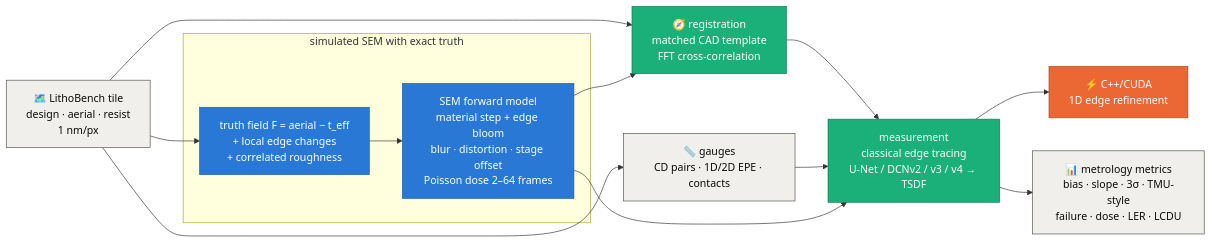
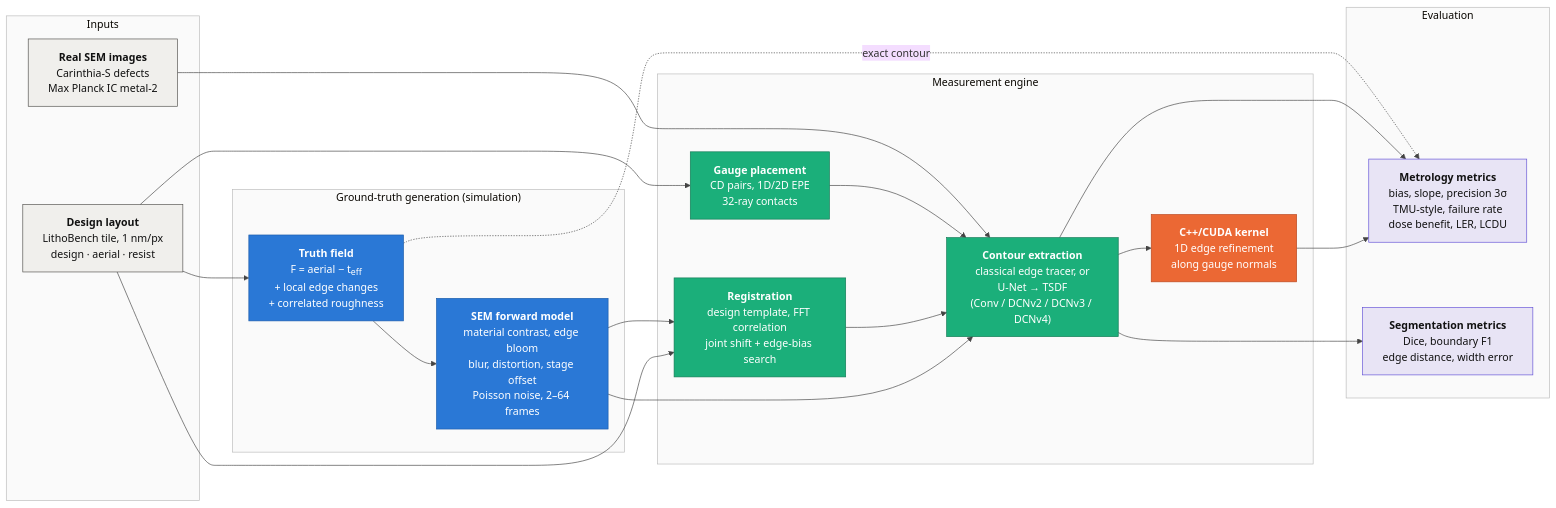
Before and after one commit to Mourya-wizard/SEM-CD-EPE-Metrology: the diagram in README.md, drawn with Mermaid. The commit also changed other lines of this file and 122 other files, not shown here.

First line of the commit message:
E17 second real SEM dataset, rebuilt Grad-CAM analysis, research-style README

````diff
--- a/README.md
+++ b/README.md
@@ -67,24 +150,47 @@
 ```mermaid
+%%{init: {"theme": "base", "themeVariables": {"fontFamily": "Times New Roman, Times, serif", "fontSize": "16px", "lineColor": "#444444", "clusterBkg": "#fafafa", "clusterBorder": "#bbbbbb"}}}%%
 flowchart LR
-    A["🗺️ LithoBench tile<br/>design · aerial · resist<br/>1 nm/px"] --> T
-    subgraph SIM ["simulated SEM with exact truth"]
-        T["truth field F = aerial − t_eff<br/>+ local edge changes<br/>+ correlated roughness"] --> S["SEM forward model<br/>material step + edge bloom<br/>blur · distortion · stage offset<br/>Poisson dose 2–64 frames"]
+    subgraph IN ["Inputs"]
+        A["<b>Design layout</b><br/>LithoBench tile, 1 nm/px<br/>design · aerial · resist"]
+        RS["<b>Real SEM images</b><br/>Carinthia-S defects<br/>Max Planck IC metal-2"]
     end
+    subgraph SIM ["Ground-truth generation (simulation)"]
+        T["<b>Truth field</b><br/>F = aerial − t<sub>eff</sub><br/>+ local edge changes<br/>+ correlated roughness"]
+        S["<b>SEM forward model</b><br/>material contrast, edge bloom<br/>blur, distortion, stage offset<br/>Poisson noise, 2–64 frames"]
+    end
+    subgraph ENG ["Measurement engine"]
+        G["<b>Gauge placement</b><br/>CD pairs, 1D/2D EPE<br/>32-ray contacts"]
+        R["<b>Registration</b><br/>design template, FFT correlation<br/>joint shift + edge-bias search"]
+        M["<b>Contour extraction</b><br/>classical edge tracer, or<br/>U-Net → TSDF<br/>(Conv / DCNv2 / DCNv3 / DCNv4)"]
+        K["<b>C++/CUDA kernel</b><br/>1D edge refinement<br/>along gauge normals"]
+    end
+    subgraph EV ["Evaluation"]
+        E["<b>Metrology metrics</b><br/>bias, slope, precision 3σ<br/>TMU-style, failure rate<br/>dose benefit, LER, LCDU"]
+        Q["<b>Segmentation metrics</b><br/>Dice, boundary F1<br/>edge distance, width error"]
+    end
+
+    A --> T --> S
+    A --> G
     A --> R
-    S --> R["🧭 registration<br/>matched CAD template<br/>FFT cross-correlation"]
-    A --> G["📏 gauges<br/>CD pairs · 1D/2D EPE · contacts"]
+    S --> R
+    S --> M
     R --> M
     G --> M
-    S --> M["measurement<br/>classical edge tracing<br/>U-Net / DCNv2 / v3 / v4 → TSDF"]
-    M --> K["⚡ C++/CUDA<br/>1D edge refinement"]
-    M --> E["📊 metrology metrics<br/>bias · slope · 3σ · TMU-style<br/>failure · dose · LER · LCDU"]
+    M --> K
+    K --> E
+    M --> E
+    T -. exact contour .-> E
+    RS --> M
+    M --> Q
 
-    classDef data fill:#f0efec,stroke:#52514e,color:#0b0b0b
-    classDef sim fill:#2a78d6,stroke:#1c5cab,color:#fff
-    classDef meas fill:#1baf7a,stroke:#127a55,color:#fff
-    classDef hw fill:#eb6834,stroke:#b9481f,color:#fff
-    class A,G,E data
+    classDef data fill:#f0efec,stroke:#52514e,color:#111111
+    classDef sim fill:#2a78d6,stroke:#1c5cab,color:#ffffff
+    classDef meas fill:#1baf7a,stroke:#127a55,color:#ffffff
+    classDef hw fill:#eb6834,stroke:#b9481f,color:#ffffff
+    classDef ev fill:#e8e4f5,stroke:#6250d6,color:#111111
+    class A,RS data
     class T,S sim
-    class R,M meas
+    class G,R,M meas
     class K hw
+    class E,Q ev
 ```
````
